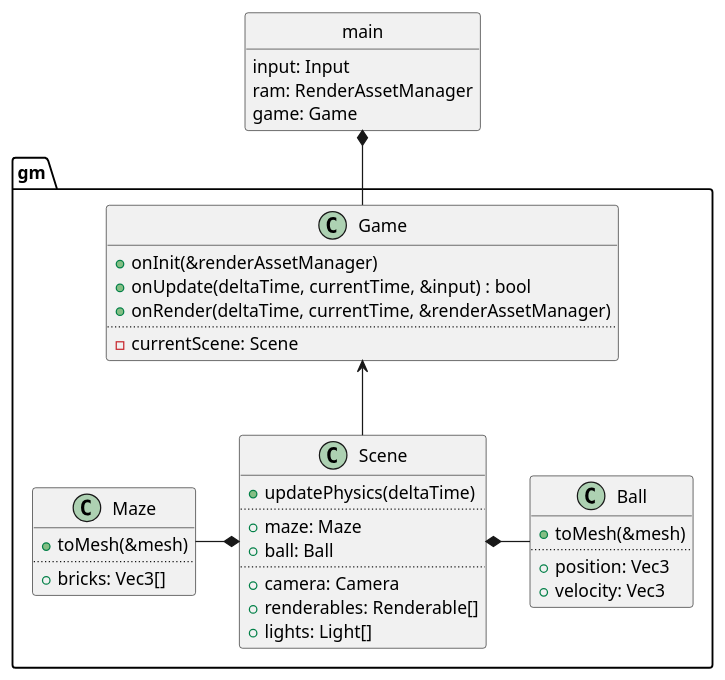
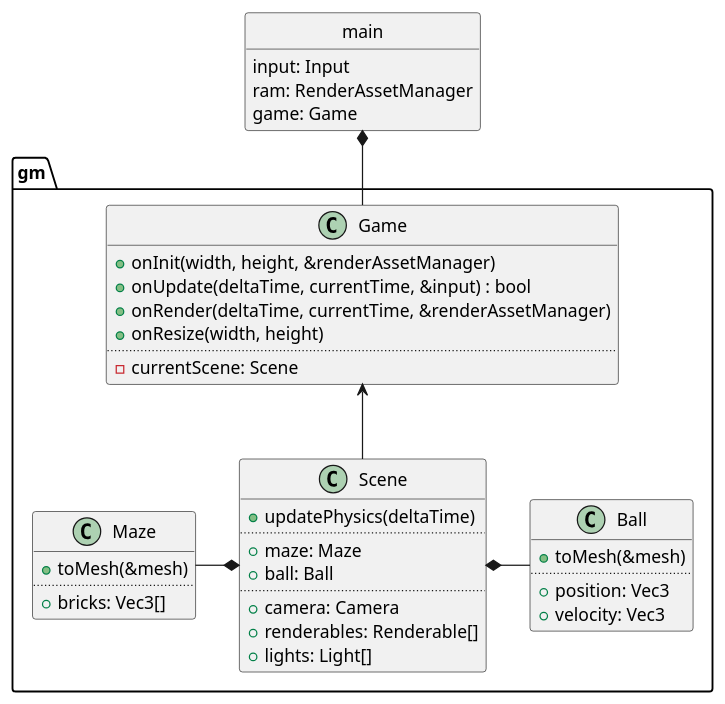
The diagram in design/uml/game.puml (ba6er/marblemaze), drawn with PlantUML before and after one commit. The commit also changed 8 other files, not shown here.

```diff
--- a/design/uml/game.puml
+++ b/design/uml/game.puml
@@ -1,50 +1,51 @@
 @startuml
 set separator ::
 
 class gm::Game {
-	+onInit(&renderAssetManager)
+	+onInit(width, height, &renderAssetManager)
 	+onUpdate(deltaTime, currentTime, &input) : bool
 	+onRender(deltaTime, currentTime, &renderAssetManager)
+	+onResize(width, height)
 	..
 	-currentScene: Scene
 }
 
 class gm::Scene {
 	+updatePhysics(deltaTime)
 	..
 	+maze: Maze
 	+ball: Ball
 	..
 	+camera: Camera
 	+renderables: Renderable[]
 	+lights: Light[]
 }
 
 class gm::Maze {
 	+toMesh(&mesh)
 	..
 	+bricks: Vec3[]
 }
 
 class gm::Ball {
 	+toMesh(&mesh)
 	..
 	+position: Vec3
 	+velocity: Vec3
 }
 
 class main {
 	input: Input
 	ram: RenderAssetManager
 	game: Game
 }
 hide main circle
 hide main methods
 
 main *-- Game
 Game <-- Scene
 
 Scene *-left- Maze
 Scene *-right- Ball
 
 @enduml
```
